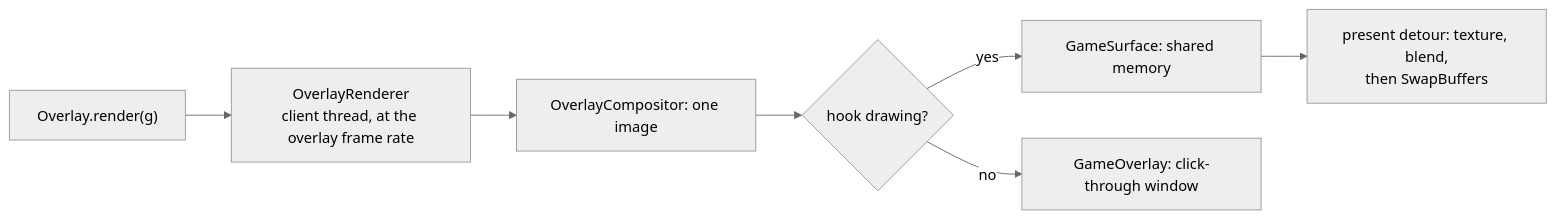
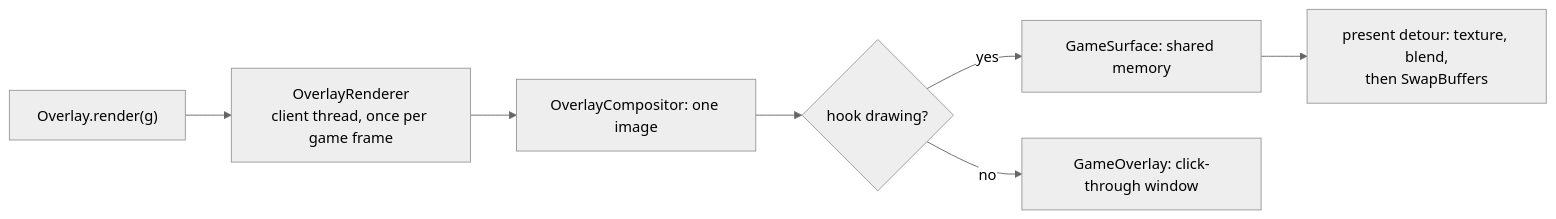
Before and after one commit to Kraken-Plugins/kraken-native: the seventh of 8 diagrams in docs/developer/architecture.md, drawn with Mermaid (neutral theme). The commit also changed 28 other files, not shown here.

Commit message:
perf(overlay): draw overlays once per game frame

````diff
--- a/docs/developer/architecture.md
+++ b/docs/developer/architecture.md
@@ -223,9 +223,9 @@
 ```mermaid
 flowchart LR
-    A["Overlay.render(g)"] --> B["OverlayRenderer<br/>client thread, at the overlay frame rate"]
+    A["Overlay.render(g)"] --> B["OverlayRenderer<br/>client thread, once per game frame"]
     B --> C["OverlayCompositor: one image"]
     C --> D{"hook drawing?"}
     D -- "yes" --> E["GameSurface: shared memory"]
     E --> F["present detour: texture, blend,<br/>then SwapBuffers"]
     D -- "no" --> G["GameOverlay: click-through window"]
 ```
````
